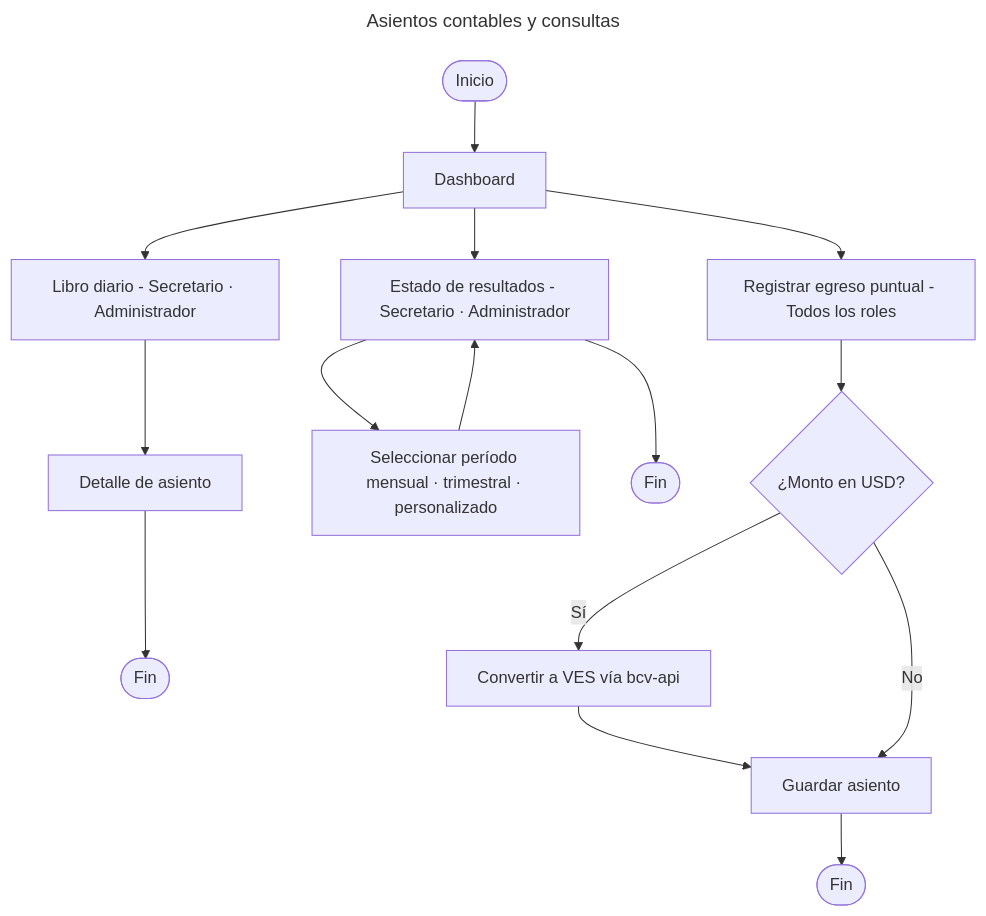
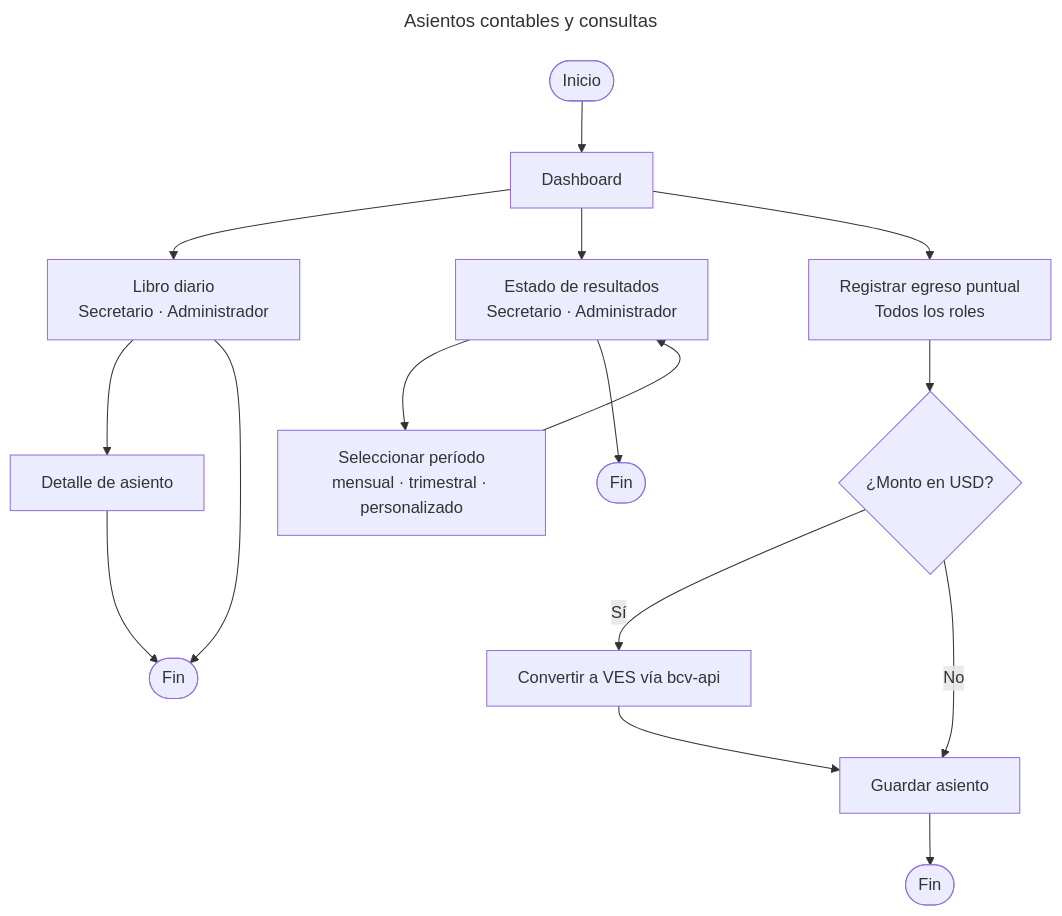
Before and after one commit to DaikoneKisu/san-martin-de-porres-parish-pharmacy-community-service: the diagram in docs/per-module/accounting/user-flows/entries.mermaid, drawn with Mermaid. The commit also changed 5 other files, not shown here.

Commit message:
chore: update user flow diagrams for accounting, admin, audit, donation, inventory, and medical modules

```diff
--- a/docs/per-module/accounting/user-flows/entries.mermaid
+++ b/docs/per-module/accounting/user-flows/entries.mermaid
@@ -1,18 +1,22 @@
 ---
 title: Asientos contables y consultas
 ---
 flowchart TD
-    S([Inicio]) --> DASH[Dashboard]
-  DASH --> LIBRO[Libro diario - Secretario · Administrador]
+  S([Inicio]) --> DASH[Dashboard]
+
+  DASH --> LIBRO[Libro diario<br>Secretario · Administrador]
   LIBRO --> ASIENTO_DETAIL[Detalle de asiento]
   ASIENTO_DETAIL --> E1([Fin])
-  DASH --> ESTADO[Estado de resultados - Secretario · Administrador]
-  ESTADO --> FILTRO[Seleccionar período mensual · trimestral · personalizado]
+  LIBRO --> E1
+
+  DASH --> ESTADO[Estado de resultados<br>Secretario · Administrador]
+  ESTADO --> FILTRO[Seleccionar período<br>mensual · trimestral · personalizado]
   FILTRO --> ESTADO
   ESTADO --> E2([Fin])
-  DASH --> EGRESO[Registrar egreso puntual - Todos los roles]
+
+  DASH --> EGRESO[Registrar egreso puntual<br>Todos los roles]
   EGRESO --> MONEDA{¿Monto en USD?}
   MONEDA -->|Sí| CONV[Convertir a VES vía bcv-api]
-  CONV --> GUARDAR
-  MONEDA -->|No| GUARDAR[Guardar asiento]
+  CONV --> GUARDAR[Guardar asiento]
+  MONEDA -->|No| GUARDAR
   GUARDAR --> E3([Fin])
```
